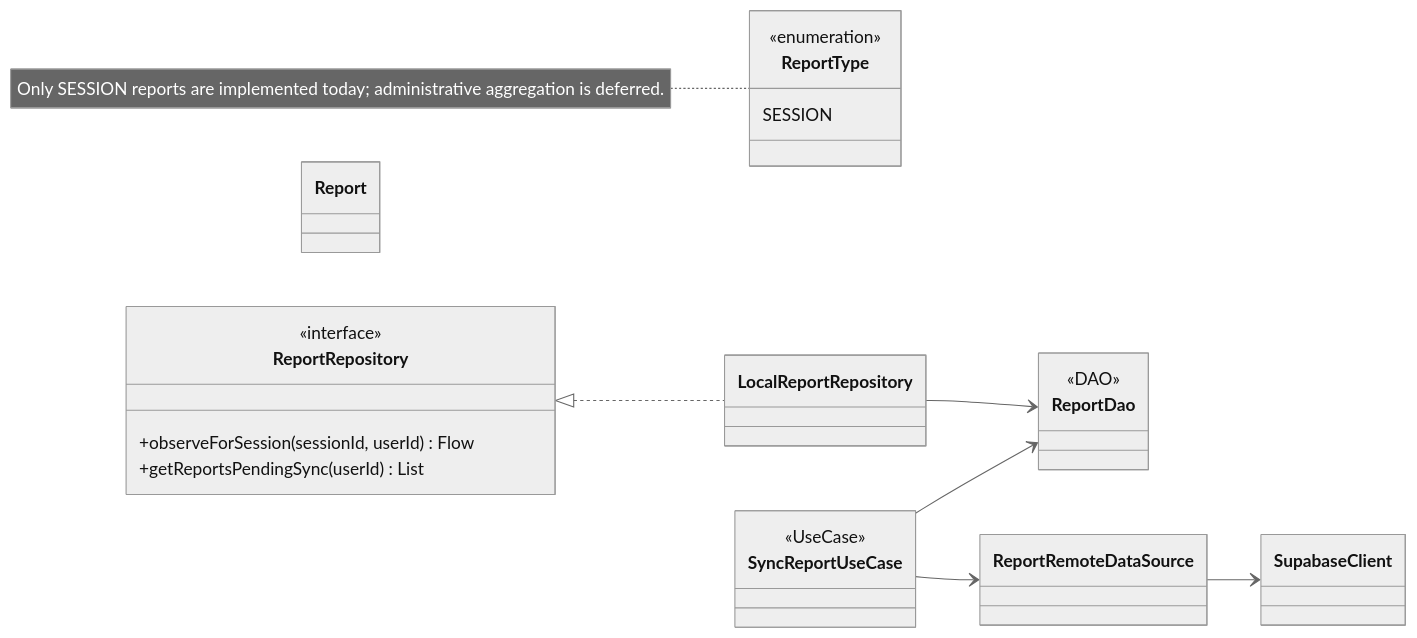
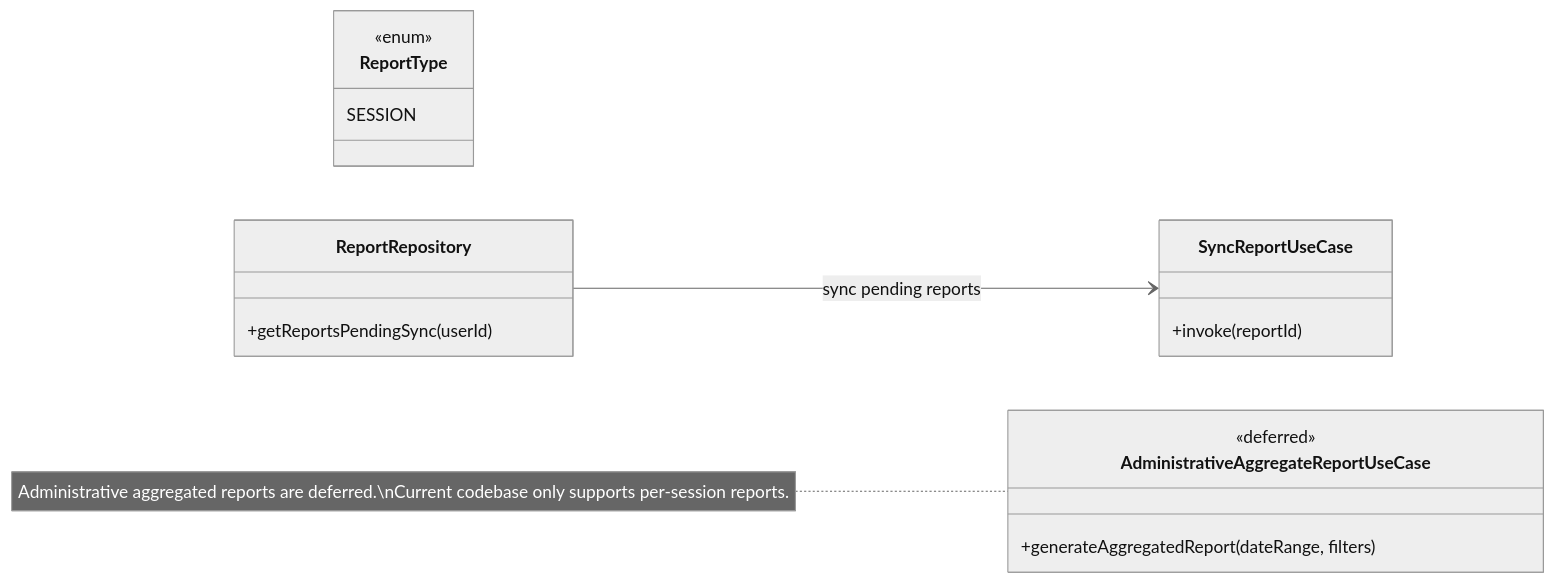
One commit to Joryuoo/AgarthaVision changed the diagram in docs/class/3.2.md. Above: the diagram before and after it, drawn with Mermaid (neutral theme). The commit also changed 11 other files, not shown here.

Commit message:
docs: sequence diagram in mermaid

````diff
--- a/docs/class/3.2.md
+++ b/docs/class/3.2.md
@@ -3,30 +3,26 @@
 ```mermaid
 classDiagram
 direction LR
 
-class ReportType <<enumeration>> {
+class AdministrativeAggregateReportUseCase {
+  <<deferred>>
+  +generateAggregatedReport(dateRange, filters)
+}
+
+class ReportType {
+  <<enum>>
   SESSION
 }
 
-note for ReportType "Only SESSION reports are implemented today; administrative aggregation is deferred."
-
-class ReportRepository <<interface>> {
-  +observeForSession(sessionId, userId) Flow
-  +getReportsPendingSync(userId) List
+class ReportRepository {
+  +getReportsPendingSync(userId)
 }
 
-class LocalReportRepository
-ReportRepository <|.. LocalReportRepository
-LocalReportRepository --> ReportDao
+class SyncReportUseCase {
+  +invoke(reportId)
+}
 
-class SyncReportUseCase <<UseCase>>
-SyncReportUseCase --> ReportDao
-SyncReportUseCase --> ReportRemoteDataSource
+note for AdministrativeAggregateReportUseCase "Administrative aggregated reports are deferred.\nCurrent codebase only supports per-session reports."
 
-class ReportRemoteDataSource
-ReportRemoteDataSource --> SupabaseClient
-
-class ReportDao <<DAO>>
-class SupabaseClient
-class Report
+ReportRepository --> SyncReportUseCase : sync pending reports
 ```
````
